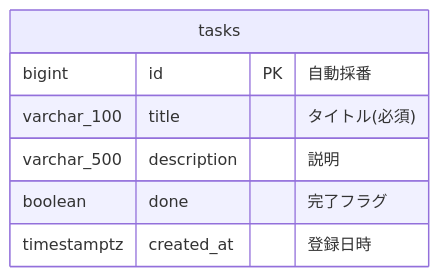
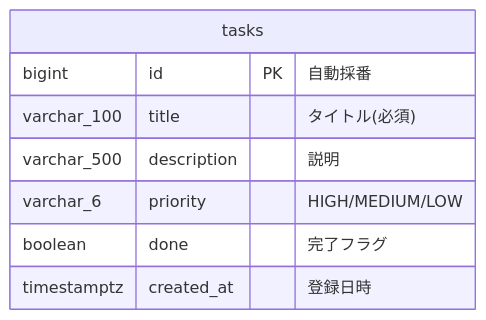
One commit to jt-yamaguchi/my-training-task-copilot changed the diagram in docs/design/task/03_基本設計.md. Above: the diagram before and after it, drawn with Mermaid. The commit also changed other lines of this file and 21 other files, not shown here.

````diff
--- a/docs/design/task/03_基本設計.md
+++ b/docs/design/task/03_基本設計.md
@@ -56,10 +59,11 @@
 ```mermaid
 erDiagram
     tasks {
         bigint id PK "自動採番"
         varchar_100 title "タイトル(必須)"
         varchar_500 description "説明"
+        varchar_6 priority "HIGH/MEDIUM/LOW"
         boolean done "完了フラグ"
         timestamptz created_at "登録日時"
     }
 ```
````
